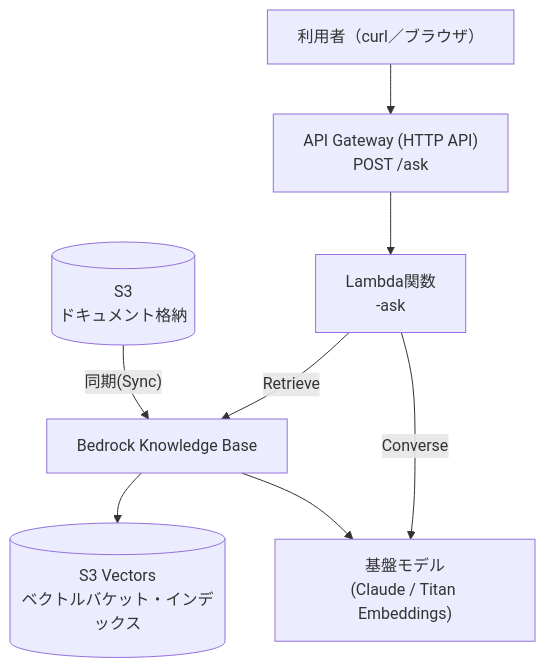
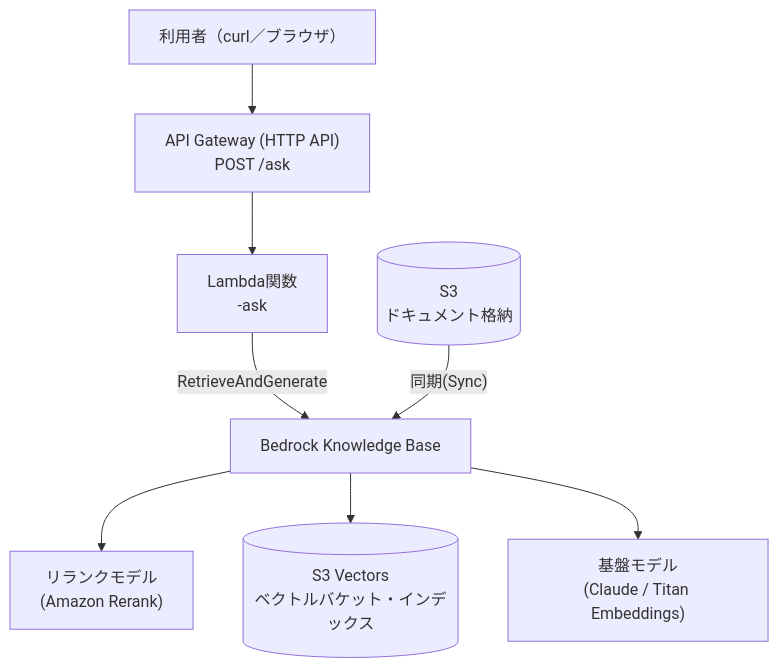
One commit to TetsuSuzu/quest-aws-chatbot-basic changed the diagram in docs/manual_console_setup.md. Above: the diagram before and after it, drawn with Mermaid. The commit also changed other lines of this file and 31 other files, not shown here.

````diff
--- a/docs/manual_console_setup.md
+++ b/docs/manual_console_setup.md
@@ -9,17 +9,18 @@
 ```mermaid
 flowchart TB
     WebUser["利用者（curl／ブラウザ）"]
     APIGW["API Gateway (HTTP API)\nPOST /ask"]
     Lambda["Lambda関数\n<project>-ask"]
     KB["Bedrock Knowledge Base"]
+    Rerank["リランクモデル\n(Amazon Rerank)"]
     Model["基盤モデル\n(Claude / Titan Embeddings)"]
     S3Docs[("S3\nドキュメント格納")]
     S3V[("S3 Vectors\nベクトルバケット・インデックス")]
 
     WebUser --> APIGW --> Lambda
-    Lambda -- "Retrieve" --> KB
-    Lambda -- "Converse" --> Model
+    Lambda -- "RetrieveAndGenerate" --> KB
+    KB --> Rerank
     S3Docs -- "同期(Sync)" --> KB
     KB --> S3V
     KB --> Model
 ```
````
